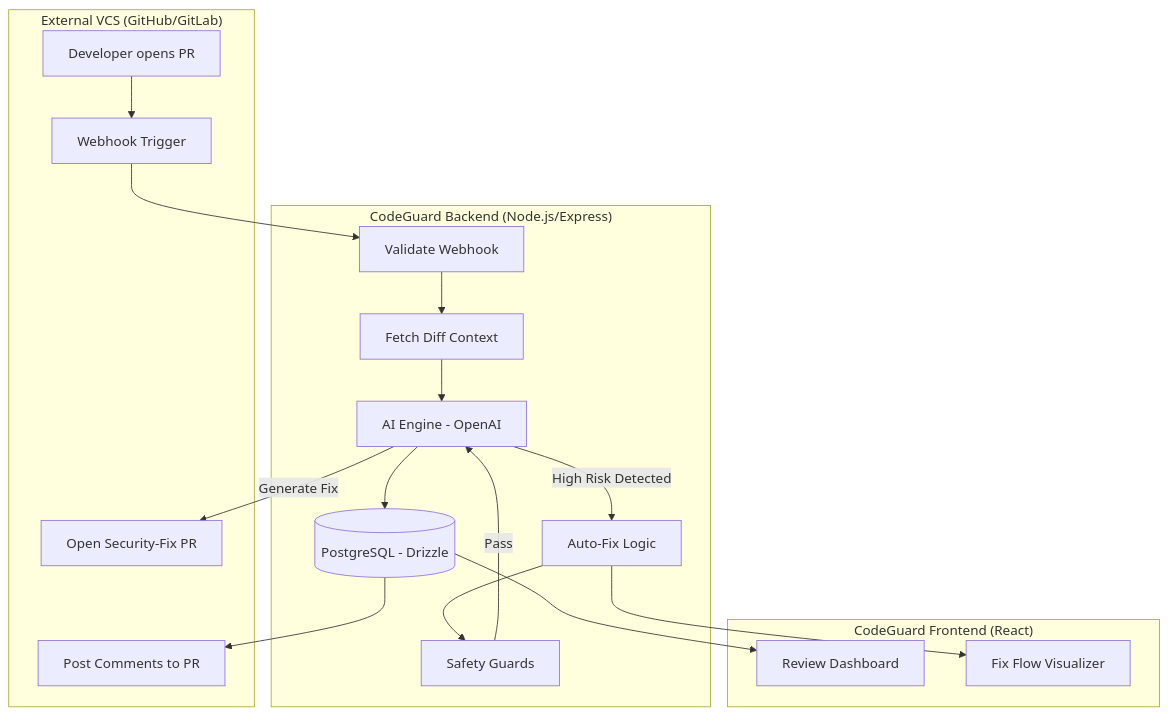
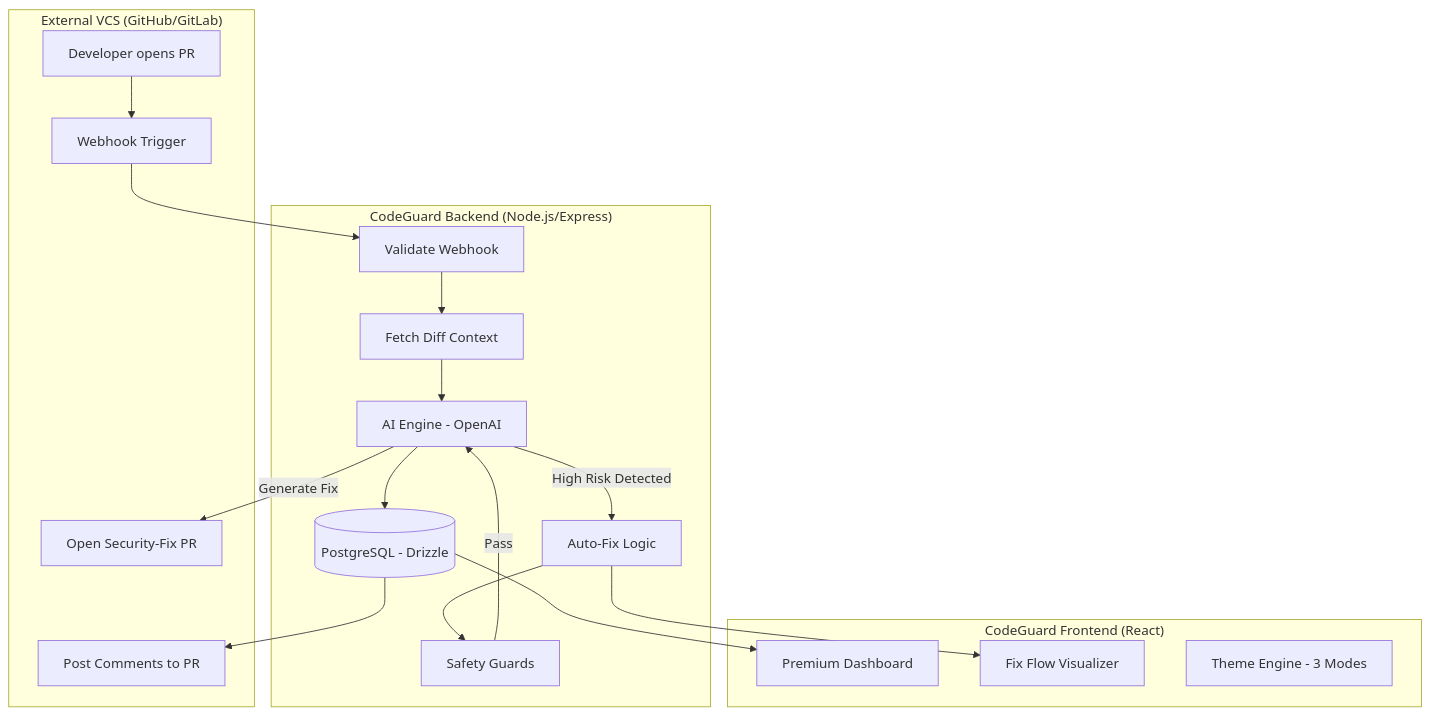
One commit to pritpatel2412/CodeGuard changed the diagram in README.md. Above: the diagram before and after it, drawn with Mermaid. The commit also changed other lines of this file and 28 other files, not shown here.

Commit message:
feat: implement theme provider with view transitions and add premium UI components including carousel, spotlight cards, and avatars

````diff
--- a/README.md
+++ b/README.md
@@ -27,38 +36,39 @@
 ```mermaid
 graph TD
     subgraph "External VCS (GitHub/GitLab)"
         PR[Developer opens PR]
         WH[Webhook Trigger]
         COM[Post Comments to PR]
         FIXPR[Open Security-Fix PR]
     end
 
     subgraph "CodeGuard Backend (Node.js/Express)"
         VWH[Validate Webhook]
         FD[Fetch Diff Context]
         AE[AI Engine - OpenAI]
         DB[(PostgreSQL - Drizzle)]
         AF[Auto-Fix Logic]
         SG[Safety Guards]
     end
 
     subgraph "CodeGuard Frontend (React)"
-        DS[Review Dashboard]
+        DS[Premium Dashboard]
         VX[Fix Flow Visualizer]
+        TM[Theme Engine - 3 Modes]
     end
 
     PR --> WH
     WH --> VWH
     VWH --> FD
     FD --> AE
     AE --> DB
     DB --> COM
     
     AE -- "High Risk Detected" --> AF
     AF --> SG
     SG -- "Pass" --> AE
     AE -- "Generate Fix" --> FIXPR
     
     DB --> DS
     AF --> VX
 ```
````
